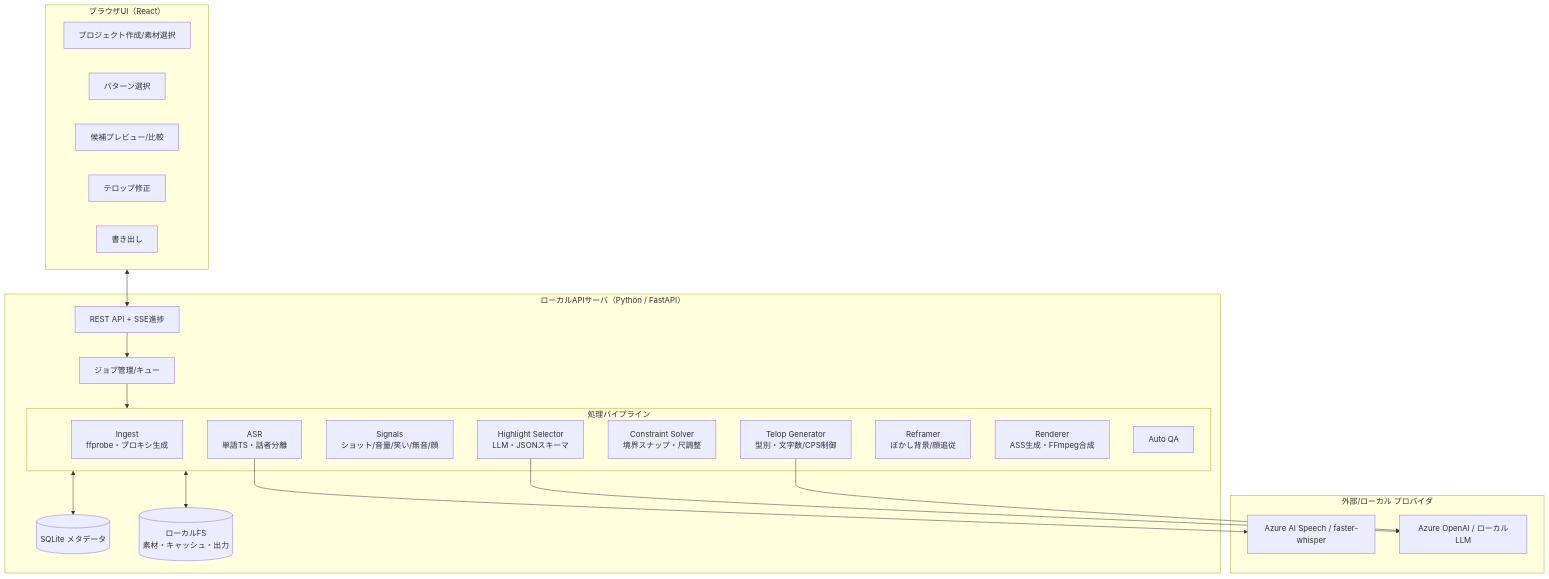
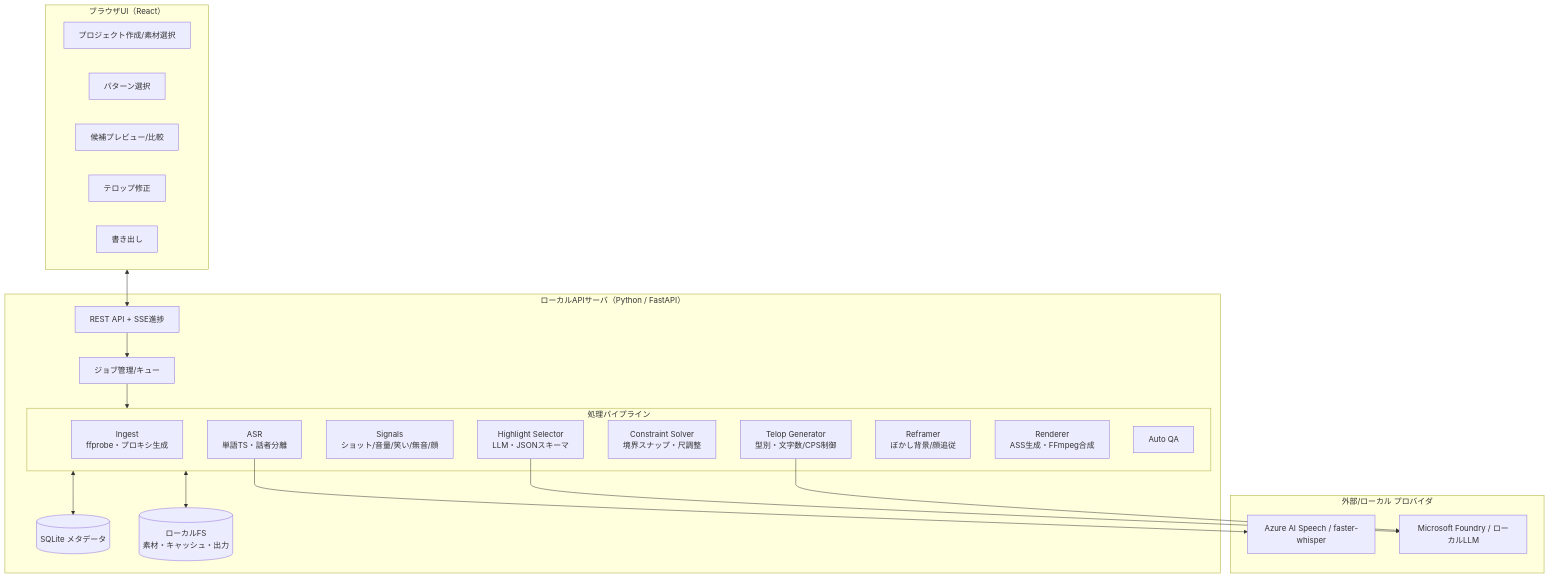
Before and after one commit to dahatake/VideoCreator: the first of 4 diagrams in docs/PRD.md, drawn with Mermaid. The commit also changed other lines of this file and 18 other files, not shown here.

First line of the commit message:
Refactor AI provider references from Azure OpenAI to Microsoft Foundry across documentation and codebase

````diff
--- a/docs/PRD.md
+++ b/docs/PRD.md
@@ -239,38 +239,38 @@
 ```mermaid
 flowchart TB
   subgraph Client[ブラウザUI（React）]
     UI1[プロジェクト作成/素材選択]
     UI2[パターン選択]
     UI3[候補プレビュー/比較]
     UI4[テロップ修正]
     UI5[書き出し]
   end
   subgraph Server[ローカルAPIサーバ（Python / FastAPI）]
     API[REST API + SSE進捗]
     JOB[ジョブ管理/キュー]
     subgraph Pipeline[処理パイプライン]
       S1[Ingest<br/>ffprobe・プロキシ生成]
       S2[ASR<br/>単語TS・話者分離]
       S3[Signals<br/>ショット/音量/笑い/無音/顔]
       S4[Highlight Selector<br/>LLM・JSONスキーマ]
       S5[Constraint Solver<br/>境界スナップ・尺調整]
       S6[Telop Generator<br/>型別・文字数/CPS制御]
       S7[Reframer<br/>ぼかし背景/顔追従]
       S8[Renderer<br/>ASS生成・FFmpeg合成]
       S9[Auto QA]
     end
     STORE[(SQLite メタデータ)]
     FS[(ローカルFS<br/>素材・キャッシュ・出力)]
   end
   subgraph Providers[外部/ローカル プロバイダ]
     P1[Azure AI Speech / faster-whisper]
-    P2[Azure OpenAI / ローカルLLM]
+    P2[Microsoft Foundry / ローカルLLM]
   end
   Client <--> API
   API --> JOB --> Pipeline
   S2 --> P1
   S4 --> P2
   S6 --> P2
   Pipeline <--> STORE
   Pipeline <--> FS
 ```
````
